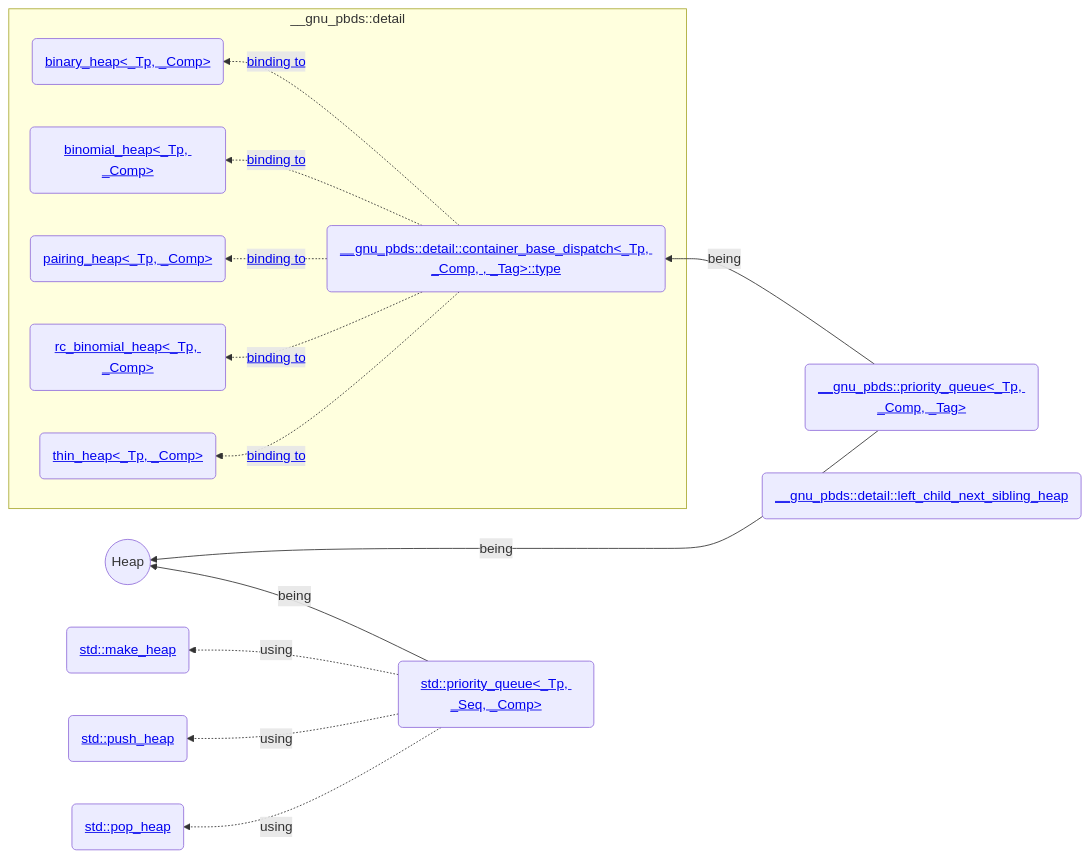
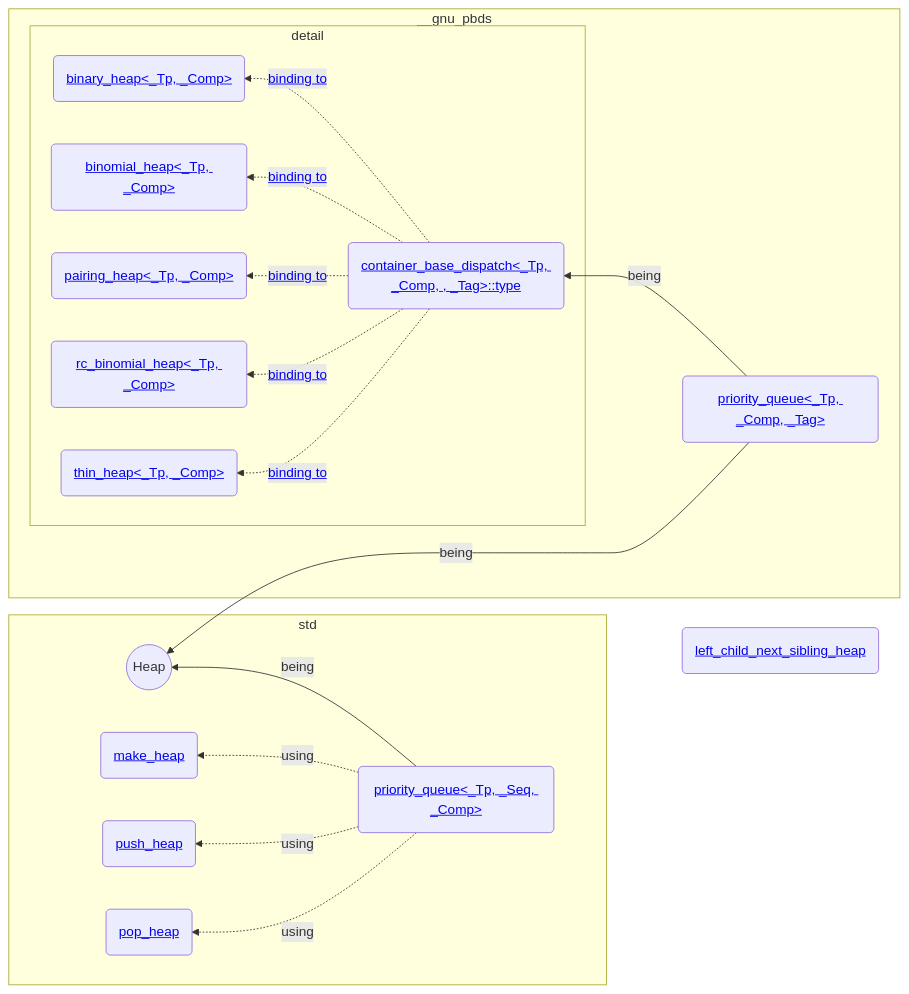
One commit to AsherJingkongChen/ds-assign4 changed the diagram in doc/priority_queue.md. Above: the diagram before and after it, drawn with Mermaid.

Commit message:
Asher Chen commited at 2022-12-28_17-22-48

````diff
--- a/doc/priority_queue.md
+++ b/doc/priority_queue.md
@@ -3,34 +3,38 @@
 ```mermaid
 graph RL;
 heap((Heap));
-spq(<a href=https://gcc.gnu.org/onlinedocs/gcc-12.2.0/libstdc++/api/a08762.html>std::priority_queue<_Tp, _Seq, _Comp></a>);
-make(<a href=https://gcc.gnu.org/onlinedocs/gcc-12.2.0/libstdc++/api/a01614.html#ga2a685c934e85086e5ac372026e8064f6>std::make_heap</a>);
-push(<a href=https://gcc.gnu.org/onlinedocs/gcc-12.2.0/libstdc++/api/a01614.html#gab628ce505c9574f8929a0fa49ed514b3>std::push_heap</a>);
-pop(<a href=https://gcc.gnu.org/onlinedocs/gcc-12.2.0/libstdc++/api/a01614.html#ga0a57ba46981d46e0f3ebd4703d0ad18b>std::pop_heap);
+spq(<a href=https://gcc.gnu.org/onlinedocs/gcc-12.2.0/libstdc++/api/a08762.html>priority_queue<_Tp, _Seq, _Comp></a>);
+make(<a href=https://gcc.gnu.org/onlinedocs/gcc-12.2.0/libstdc++/api/a01614.html#ga2a685c934e85086e5ac372026e8064f6>make_heap</a>);
+push(<a href=https://gcc.gnu.org/onlinedocs/gcc-12.2.0/libstdc++/api/a01614.html#gab628ce505c9574f8929a0fa49ed514b3>push_heap</a>);
+pop(<a href=https://gcc.gnu.org/onlinedocs/gcc-12.2.0/libstdc++/api/a01614.html#ga0a57ba46981d46e0f3ebd4703d0ad18b>pop_heap);
 
 binhp(<a href=https://gcc.gnu.org/onlinedocs/gcc-12.2.0/libstdc++/api/a13278.html>binary_heap<_Tp, _Comp></a>);
 bimhp(<a href=https://gcc.gnu.org/onlinedocs/gcc-12.2.0/libstdc++/api/a13326.html>binomial_heap<_Tp, _Comp></a>);
 pahp(<a href=https://gcc.gnu.org/onlinedocs/gcc-12.2.0/libstdc++/api/a13550.html>pairing_heap<_Tp, _Comp></a>);
 rbimhp(<a href=https://gcc.gnu.org/onlinedocs/gcc-12.2.0/libstdc++/api/a13654.html>rc_binomial_heap<_Tp, _Comp></a>);
 thinhp(<a href=https://gcc.gnu.org/onlinedocs/gcc-12.2.0/libstdc++/api/a13702.html>thin_heap<_Tp, _Comp></a>);
 
-gpq(<a href=https://gcc.gnu.org/onlinedocs/gcc-12.2.0/libstdc++/api/a12902.html>__gnu_pbds::priority_queue<_Tp, _Comp, _Tag></a>);
-gcbdtp(<a href=https://gcc.gnu.org/onlinedocs/gcc-12.2.0/libstdc++/api/a13070.html>__gnu_pbds::detail::container_base_dispatch<_Tp, _Comp, , _Tag>::type</a>);
-lcnsh(<a href=https://gcc.gnu.org/onlinedocs/gcc-12.2.0/libstdc++/api/a13482.html>__gnu_pbds::detail::left_child_next_sibling_heap</a>);
+gpq(<a href=https://gcc.gnu.org/onlinedocs/gcc-12.2.0/libstdc++/api/a12902.html>priority_queue<_Tp, _Comp, _Tag></a>);
+gcbdtp(<a href=https://gcc.gnu.org/onlinedocs/gcc-12.2.0/libstdc++/api/a13070.html>container_base_dispatch<_Tp, _Comp, , _Tag>::type</a>);
+lcnsh(<a href=https://gcc.gnu.org/onlinedocs/gcc-12.2.0/libstdc++/api/a13482.html>left_child_next_sibling_heap</a>);
 
-spq .->|using| make;
-spq .->|using| push;
-spq .->|using| pop;
-spq -->|being| heap;
+subgraph std
+  spq .->|using| make;
+  spq .->|using| push;
+  spq .->|using| pop;
+  spq -->|being| heap;
+end
 
-gpq --->|being| heap;
-gpq -->|being| gcbdtp;
+subgraph __gnu_pbds
+  gpq --->|being| heap;
+  gpq -->|being| gcbdtp;
 
-subgraph __gnu_pbds::detail
-  gcbdtp .->|<a href=https://gcc.gnu.org/onlinedocs/gcc-12.2.0/libstdc++/api/a13162.html#adbbd8131d9a4cdc53e280a34f161dd3c>binding to</a>| binhp;
-  gcbdtp .->|<a href=https://gcc.gnu.org/onlinedocs/gcc-12.2.0/libstdc++/api/a13154.html#ab4cecfd9b1ed21229fe049cabebe321c>binding to</a>| bimhp;
-  gcbdtp .->|<a href=https://gcc.gnu.org/onlinedocs/gcc-12.2.0/libstdc++/api/a13150.html#adecf3a56bd35a5ca376d0492e7123a7b>binding to</a>| pahp;
-  gcbdtp .->|<a href=https://gcc.gnu.org/onlinedocs/gcc-12.2.0/libstdc++/api/a13158.html#a7d1df51ac2b0c2e893e450bf7fe9e379>binding to</a>| rbimhp;
-  gcbdtp .->|<a href=https://gcc.gnu.org/onlinedocs/gcc-12.2.0/libstdc++/api/a13166.html#a9810405868a4fa2e115def4f7da71b66>binding to</a>| thinhp;
+  subgraph detail
+    gcbdtp .->|<a href=https://gcc.gnu.org/onlinedocs/gcc-12.2.0/libstdc++/api/a13162.html#adbbd8131d9a4cdc53e280a34f161dd3c>binding to</a>| binhp;
+    gcbdtp .->|<a href=https://gcc.gnu.org/onlinedocs/gcc-12.2.0/libstdc++/api/a13154.html#ab4cecfd9b1ed21229fe049cabebe321c>binding to</a>| bimhp;
+    gcbdtp .->|<a href=https://gcc.gnu.org/onlinedocs/gcc-12.2.0/libstdc++/api/a13150.html#adecf3a56bd35a5ca376d0492e7123a7b>binding to</a>| pahp;
+    gcbdtp .->|<a href=https://gcc.gnu.org/onlinedocs/gcc-12.2.0/libstdc++/api/a13158.html#a7d1df51ac2b0c2e893e450bf7fe9e379>binding to</a>| rbimhp;
+    gcbdtp .->|<a href=https://gcc.gnu.org/onlinedocs/gcc-12.2.0/libstdc++/api/a13166.html#a9810405868a4fa2e115def4f7da71b66>binding to</a>| thinhp;
+  end
 end
 ```
````
